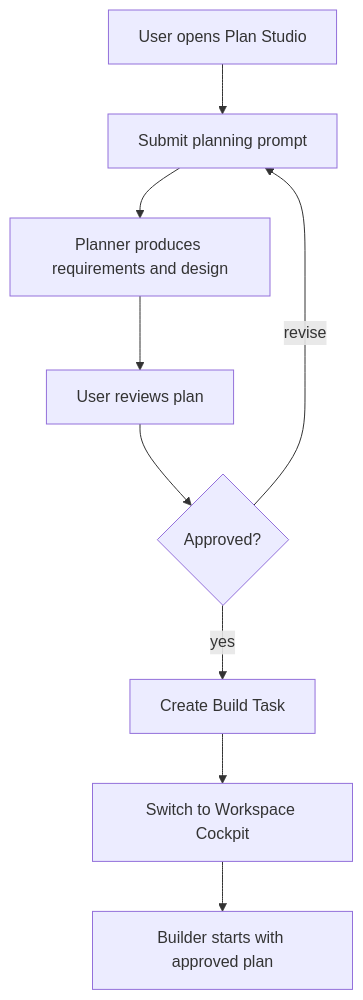
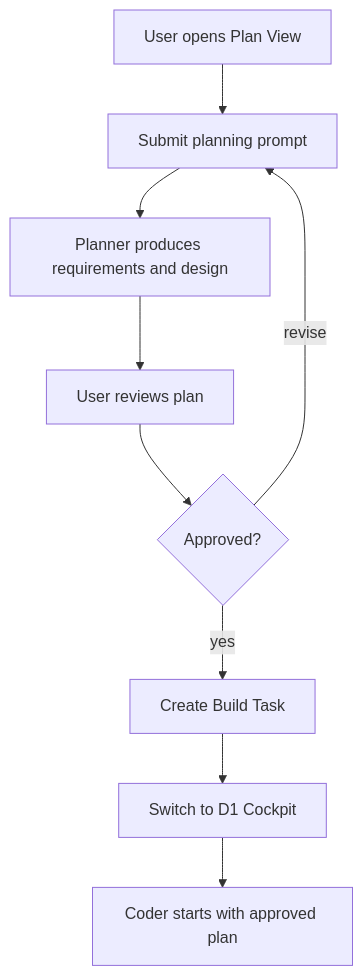
One commit to wikieden/robocode changed the third of 6 diagrams in docs/gui-version-functional-design.md. Above: the diagram before and after it, drawn with Mermaid. The commit also changed other lines of this file and 18 other files, not shown here.

````diff
--- a/docs/gui-version-functional-design.md
+++ b/docs/gui-version-functional-design.md
@@ -370,11 +381,11 @@
 ```mermaid
 flowchart TD
-    A["User opens Plan Studio"] --> B["Submit planning prompt"]
+    A["User opens Plan View"] --> B["Submit planning prompt"]
     B --> C["Planner produces requirements and design"]
     C --> D["User reviews plan"]
     D --> E{"Approved?"}
     E -->|revise| B
     E -->|yes| F["Create Build Task"]
-    F --> G["Switch to Workspace Cockpit"]
-    G --> H["Builder starts with approved plan"]
+    F --> G["Switch to D1 Cockpit"]
+    G --> H["Coder starts with approved plan"]
 ```
````
